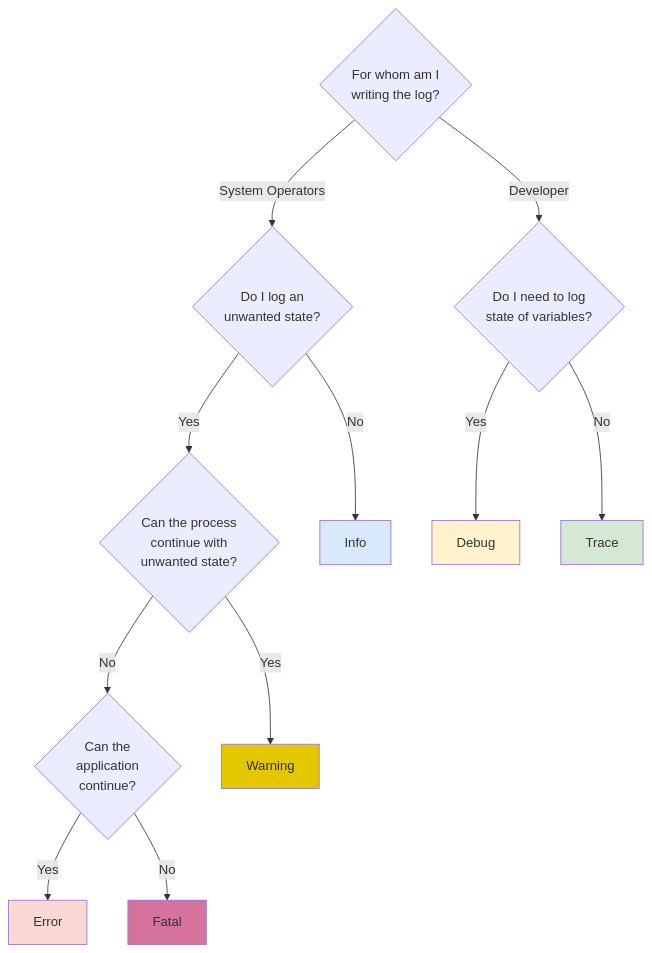
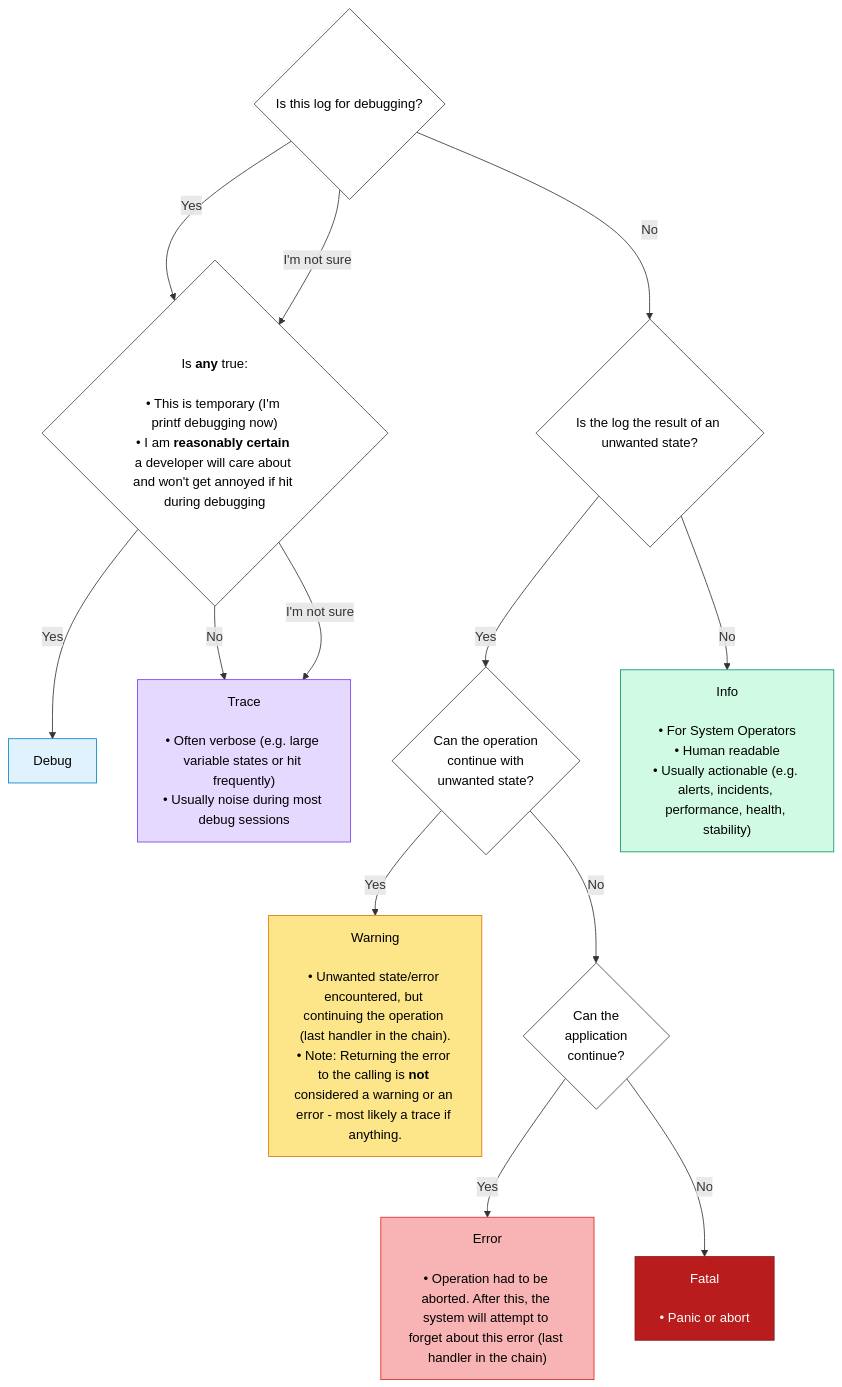
The diagram in README.md (mcmah309/err_trail), drawn with Mermaid before and after one commit. The commit also changed other lines of this file, not shown here.

Commit message:
Update README chart

````diff
--- a/README.md
+++ b/README.md
@@ -57,38 +55,45 @@
 ```mermaid
 flowchart TD
-    Start{For whom am I<br/>writing the log?}
-    
-    VarState{Do I need to log<br/>state of variables?}
-    UnwantedState{Do I log an<br/>unwanted state?}
-    ProcessContinue{Can the process<br/>continue with<br/>unwanted state?}
+    Start{Is this log for debugging?}
+
+    Start -->|Yes| SessionType
+    Start -->|No| UnwantedState
+    Start -->|I'm not sure| SessionType
+    SessionType --> |Yes| Debug
+    SessionType --> |No| Trace
+    SessionType -->|I'm not sure| Trace
+    UnwantedState -->|Yes| ProcessContinue
+    UnwantedState -->|No| Info    
+    ProcessContinue -->|Yes| Warning
+    ProcessContinue -->|No| AppContinue 
+    AppContinue -->|Yes| Error
+    AppContinue -->|No| Fatal
+
+    UnwantedState{Is the log the result of an unwanted state?}
+    SessionType{"Is <b>any</b> true:<br/><br/>• This is temporary (I'm printf debugging now)<br/>• I am <b>reasonably certain</b> a developer will care about and won't get annoyed if hit during debugging"}
+    ProcessContinue{Can the operation<br/>continue with<br/>unwanted state?}
     AppContinue{Can the<br/>application<br/>continue?}
     
-    Error[Error]
-    Info[Info]
+    classDef normal fill:#ffffff,stroke:#374151,color:#000;
+    classDef trace  fill:#e6d9ff,stroke:#7c3aed,color:#000;
+    classDef debug  fill:#e0f2fe,stroke:#0284c7,color:#000;
+    classDef info   fill:#d1fae5,stroke:#059669,color:#000;
+    classDef warning fill:#fde68a,stroke:#d97706,color:#000;
+    classDef error  fill:#f8b4b4,stroke:#dc2626,color:#000;
+    classDef fatal  fill:#b91c1c,stroke:#7f1d1d,color:#fff;
+
+    class Start,SessionType,UnwantedState,ProcessContinue,AppContinue normal;
+    class Trace trace;
+    class Debug debug;
+    class Info info;
+    class Warning warning;
+    class Error error;
+    class Fatal fatal;
+
+    Trace["Trace<br/><br/>• Often verbose (e.g. large variable states or hit frequently)<br/>• Usually noise during most debug sessions"]
     Debug[Debug]
-    Trace[Trace]
-    Warning[Warning]
-    Fatal[Fatal]
-    
-    Start -->|Developer| VarState
-    Start -->|System Operators| UnwantedState
-    
-    VarState -->|Yes| Debug
-    VarState -->|No| Trace
-    
-    UnwantedState -->|Yes| ProcessContinue
-    UnwantedState -->|No| Info
-    
-    ProcessContinue -->|Yes| Warning
-    ProcessContinue -->|No| AppContinue
-    
-    AppContinue -->|Yes| Error
-    AppContinue -->|No| Fatal
-    
-    style Error fill:#fad9d5
-    style Info fill:#dae8fc
-    style Debug fill:#fff2cc
-    style Trace fill:#d5e8d4
-    style Warning fill:#e3c800
-    style Fatal fill:#d5739d
+    Info["Info<br/><br/>• For System Operators<br/>• Human readable<br/>• Usually actionable (e.g. alerts, incidents, performance, health, stability)"]
+    Warning["Warning<br/><br/>• Unwanted state/error encountered, but continuing the operation (last handler in the chain).<br/>• Note: Returning the error to the calling is <b>not</b> considered a warning or an error - most likely a trace if anything."]
+    Error["Error<br/><br/>• Operation had to be aborted. After this, the system will attempt to forget about this error (last handler in the chain)"]
+    Fatal[Fatal<br/><br/>• Panic or abort]
 ```
````
